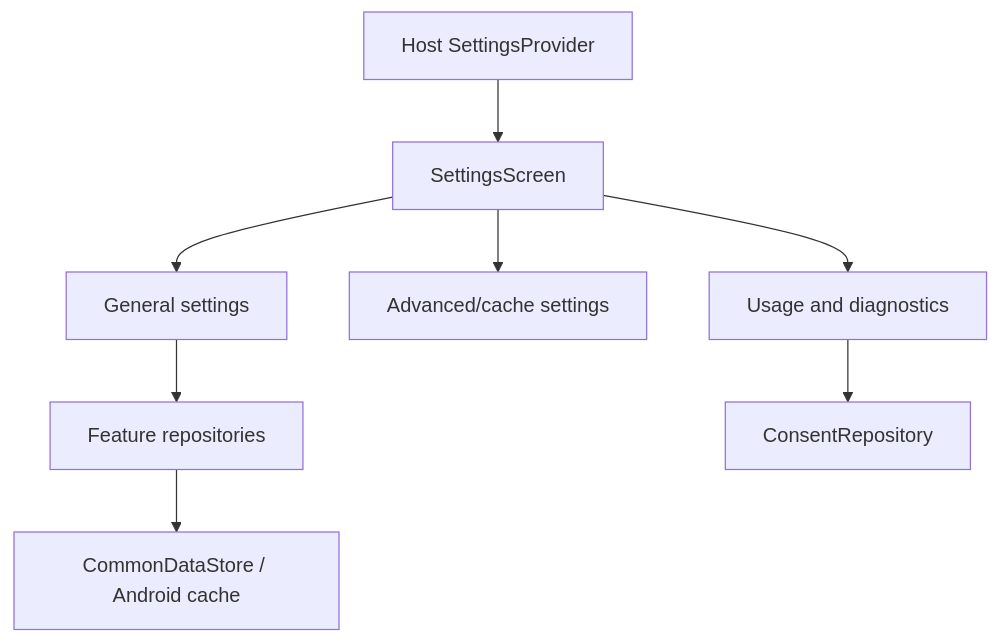
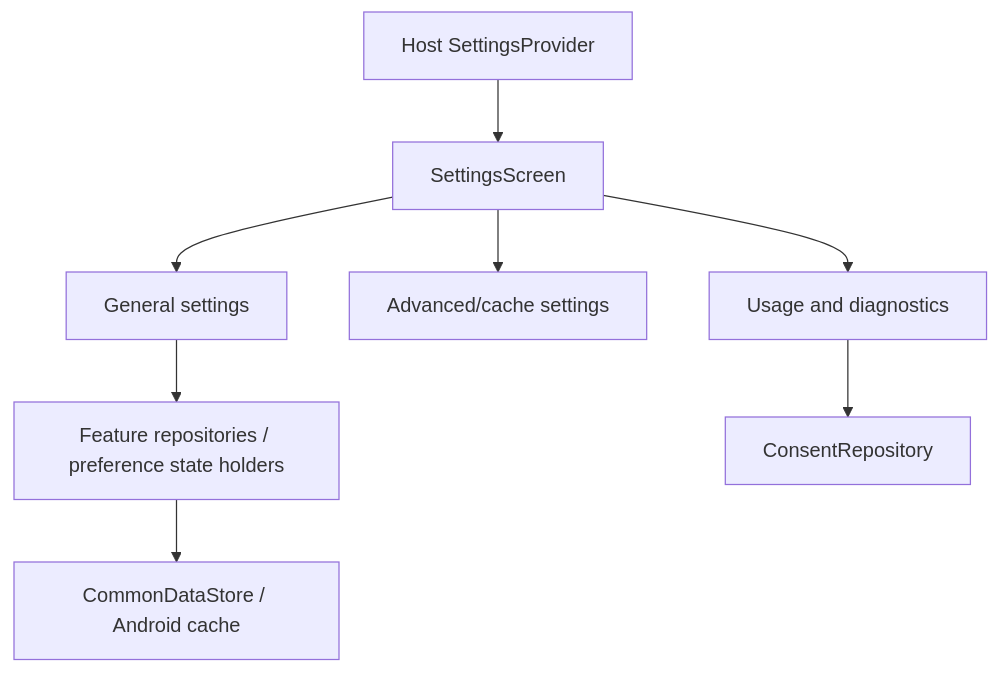
Before and after one commit to MihaiCristianCondrea/App-Toolkit-for-Android: the diagram in library/feature/settings/README.md, drawn with Mermaid. The commit also changed other lines of this file and 100 other files, not shown here.

````diff
--- a/library/feature/settings/README.md
+++ b/library/feature/settings/README.md
@@ -39,10 +43,10 @@
 ```mermaid
 flowchart TD
     Provider[Host SettingsProvider] --> Root[SettingsScreen]
     Root --> General[General settings]
     Root --> Advanced[Advanced/cache settings]
     Root --> Diagnostics[Usage and diagnostics]
-    General --> Repos[Feature repositories]
+    General --> Repos[Feature repositories / preference state holders]
     Diagnostics --> Consent[ConsentRepository]
     Repos --> Store[CommonDataStore / Android cache]
 ```
````
